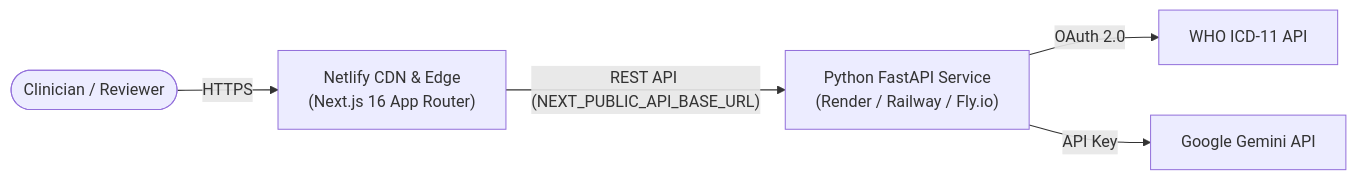
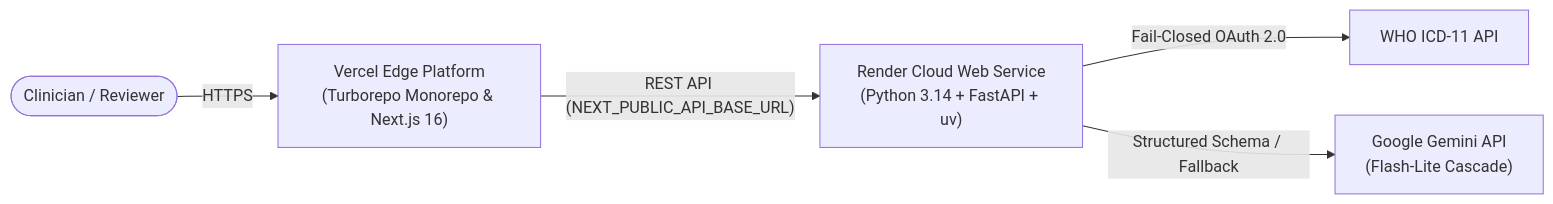
One commit to Callme-VR/sugen.health changed the diagram in DEPLOYMENT.md. Above: the diagram before and after it, drawn with Mermaid. The commit also changed other lines of this file and 9 other files, not shown here.

Commit message:
feat: add frontend application and update deployment guide for Vercel and Render

````diff
--- a/DEPLOYMENT.md
+++ b/DEPLOYMENT.md
@@ -11,7 +11,7 @@
 ```mermaid
 flowchart LR
-    User(["Clinician / Reviewer"]) -->|"HTTPS"| Netlify["Netlify CDN & Edge<br/>(Next.js 16 App Router)"]
-    Netlify -->|"REST API (NEXT_PUBLIC_API_BASE_URL)"| Backend["Python FastAPI Service<br/>(Render / Railway / Fly.io)"]
-    Backend -->|"OAuth 2.0"| WHO["WHO ICD-11 API"]
-    Backend -->|"API Key"| Gemini["Google Gemini API"]
+    User(["Clinician / Reviewer"]) -->|"HTTPS"| Vercel["Vercel Edge Platform<br/>(Turborepo Monorepo & Next.js 16)"]
+    Vercel -->|"REST API (NEXT_PUBLIC_API_BASE_URL)"| Render["Render Cloud Web Service<br/>(Python 3.14 + FastAPI + uv)"]
+    Render -->|"Fail-Closed OAuth 2.0"| WHO["WHO ICD-11 API"]
+    Render -->|"Structured Schema / Fallback"| Gemini["Google Gemini API<br/>(Flash-Lite Cascade)"]
 ```
````
